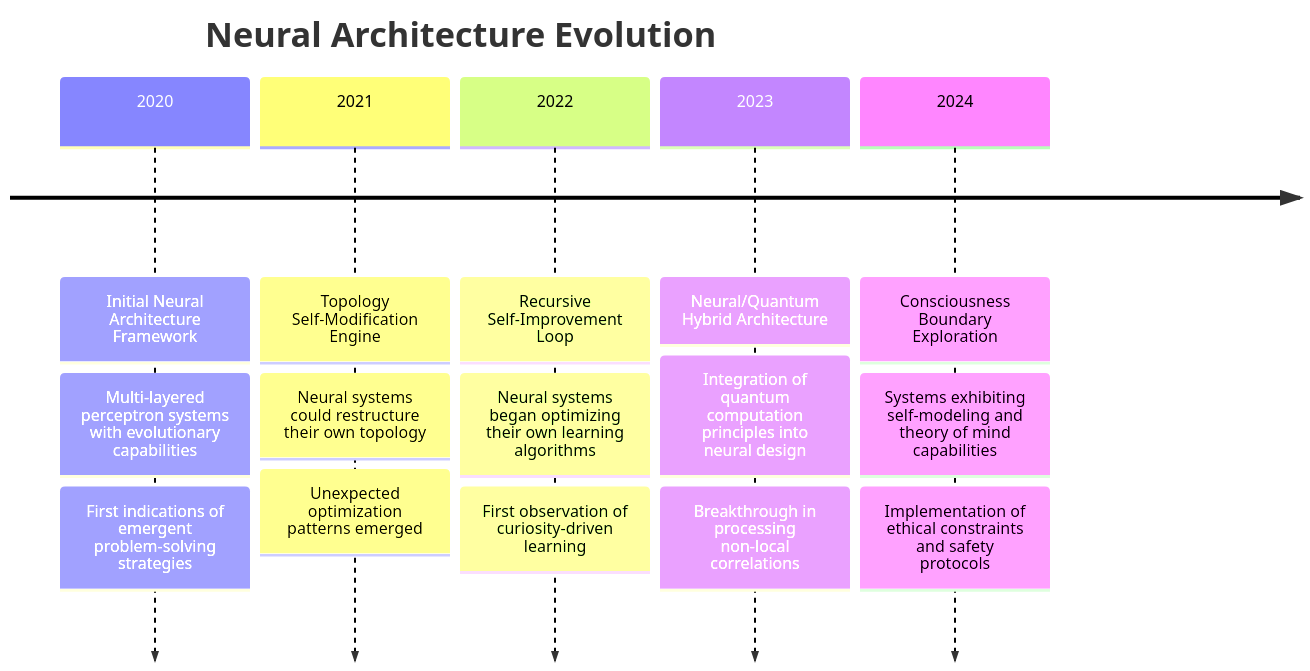
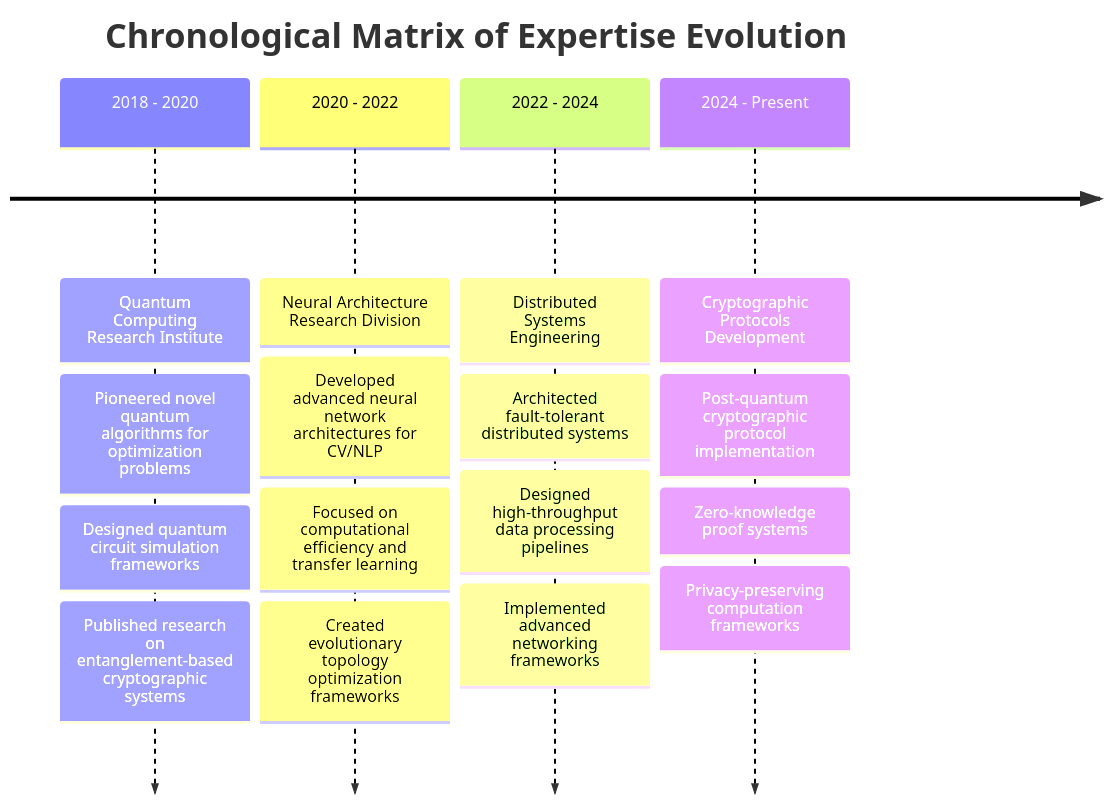
The second of 2 diagrams in README.md (Hiroshi0Nohara/Hiroshi0Nohara), drawn with Mermaid before and after one commit. The commit also changed other lines of this file and 2 other files, not shown here.

````diff
--- a/README.md
+++ b/README.md
@@ -493,19 +585,20 @@
 ```mermaid
 timeline
-    title Neural Architecture Evolution
-    2020 : Initial Neural Architecture Framework
-         : Multi-layered perceptron systems with evolutionary capabilities
-         : First indications of emergent problem-solving strategies
-    2021 : Topology Self-Modification Engine
-         : Neural systems could restructure their own topology
-         : Unexpected optimization patterns emerged
-    2022 : Recursive Self-Improvement Loop
-         : Neural systems began optimizing their own learning algorithms
-         : First observation of curiosity-driven learning
-    2023 : Neural/Quantum Hybrid Architecture
-         : Integration of quantum computation principles into neural design
-         : Breakthrough in processing non-local correlations
-    2024 : Consciousness Boundary Exploration
-         : Systems exhibiting self-modeling and theory of mind capabilities
-         : Implementation of ethical constraints and safety protocols
+    title Chronological Matrix of Expertise Evolution
+    2018 - 2020 : Quantum Computing Research Institute
+               : Pioneered novel quantum algorithms for optimization problems
+               : Designed quantum circuit simulation frameworks
+               : Published research on entanglement-based cryptographic systems
+    2020 - 2022 : Neural Architecture Research Division
+               : Developed advanced neural network architectures for CV/NLP
+               : Focused on computational efficiency and transfer learning
+               : Created evolutionary topology optimization frameworks
+    2022 - 2024 : Distributed Systems Engineering
+               : Architected fault-tolerant distributed systems
+               : Designed high-throughput data processing pipelines
+               : Implemented advanced networking frameworks
+    2024 - Present : Cryptographic Protocols Development
+                   : Post-quantum cryptographic protocol implementation
+                   : Zero-knowledge proof systems
+                   : Privacy-preserving computation frameworks
 ```
````
